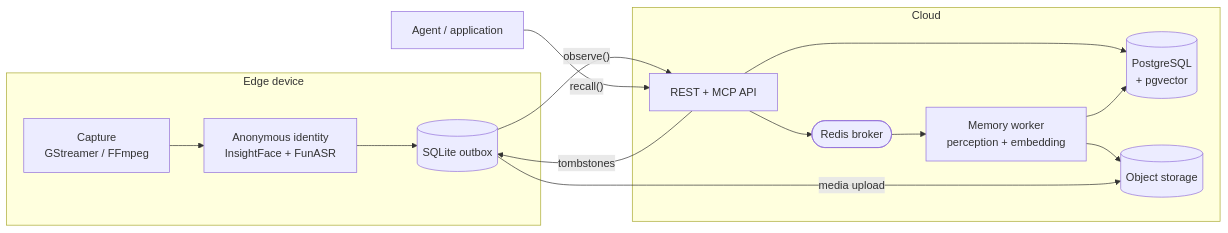
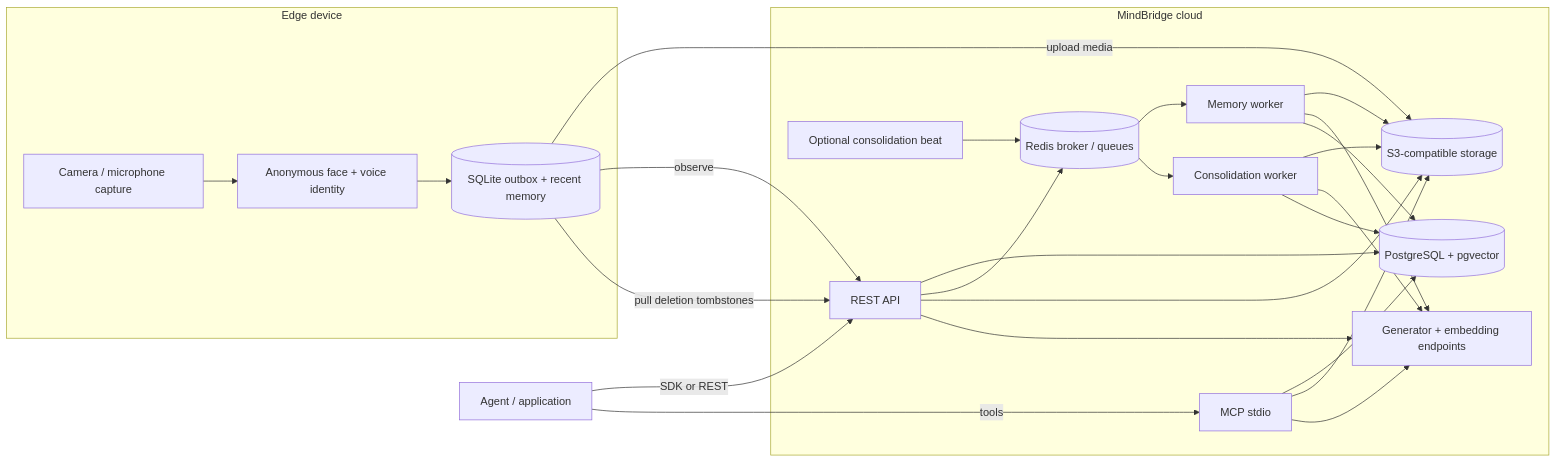
One commit to EventHorizon-Lab/MindBridge changed the diagram in README.md. Above: the diagram before and after it, drawn with Mermaid. The commit also changed other lines of this file and 15 other files, not shown here.

Commit message:
Expand README with comprehensive usage and architecture documentation

````diff
--- a/README.md
+++ b/README.md
@@ -52,27 +72,35 @@
 ```mermaid
 flowchart LR
   subgraph edge["Edge device"]
-    cap["Capture<br/>GStreamer / FFmpeg"]
-    ident["Anonymous identity<br/>InsightFace + FunASR"]
-    ob[("SQLite outbox")]
-    cap --> ident --> ob
+    capture["Camera / microphone capture"]
+    identity["Anonymous face + voice identity"]
+    sqlite[("SQLite outbox + recent memory")]
+    capture --> identity --> sqlite
   end
 
-  subgraph cloud["Cloud"]
-    api["REST + MCP API"]
-    q(["Redis broker"])
-    wk["Memory worker<br/>perception + embedding"]
-    pg[("PostgreSQL<br/>+ pgvector")]
-    s3[("Object storage")]
-    api --> q --> wk
-    api --> pg
-    wk --> pg
-    wk --> s3
+  subgraph cloud["MindBridge cloud"]
+    api["REST API"]
+    mcp["MCP stdio"]
+    queue[("Redis broker / queues")]
+    worker["Memory worker"]
+    beat["Optional consolidation beat"]
+    consolidator["Consolidation worker"]
+    postgres[("PostgreSQL + pgvector")]
+    objects[("S3-compatible storage")]
+    models["Generator + embedding endpoints"]
+
+    api --> postgres
+    api --> queue --> worker
+    beat --> queue --> consolidator
+    mcp --> postgres
+    api & mcp & worker & consolidator --> objects
+    api & mcp & worker & consolidator --> models
+    worker & consolidator --> postgres
   end
 
-  ob -->|"media upload"| s3
-  ob -->|"observe()"| api
-  api -->|"tombstones"| ob
-
-  agent["Agent / application"] -->|"recall()"| api
+  sqlite -->|"upload media"| objects
+  sqlite -->|"observe"| api
+  sqlite -->|"pull deletion tombstones"| api
+  client["Agent / application"] -->|"SDK or REST"| api
+  client -->|"tools"| mcp
 ```
````
